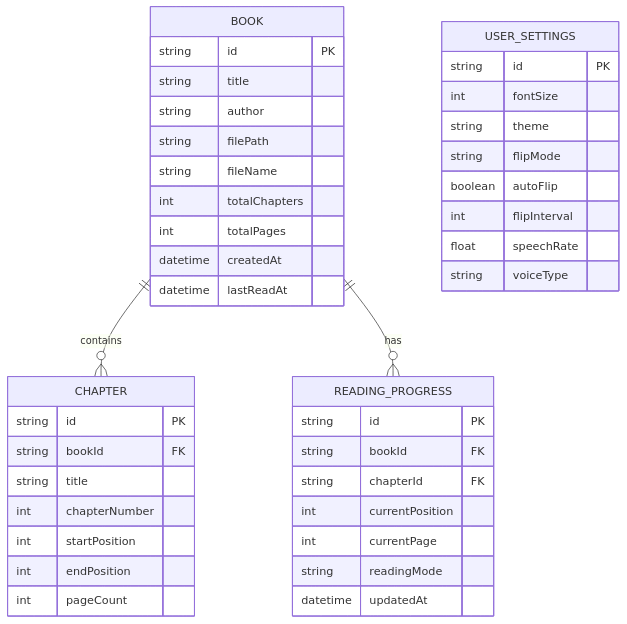
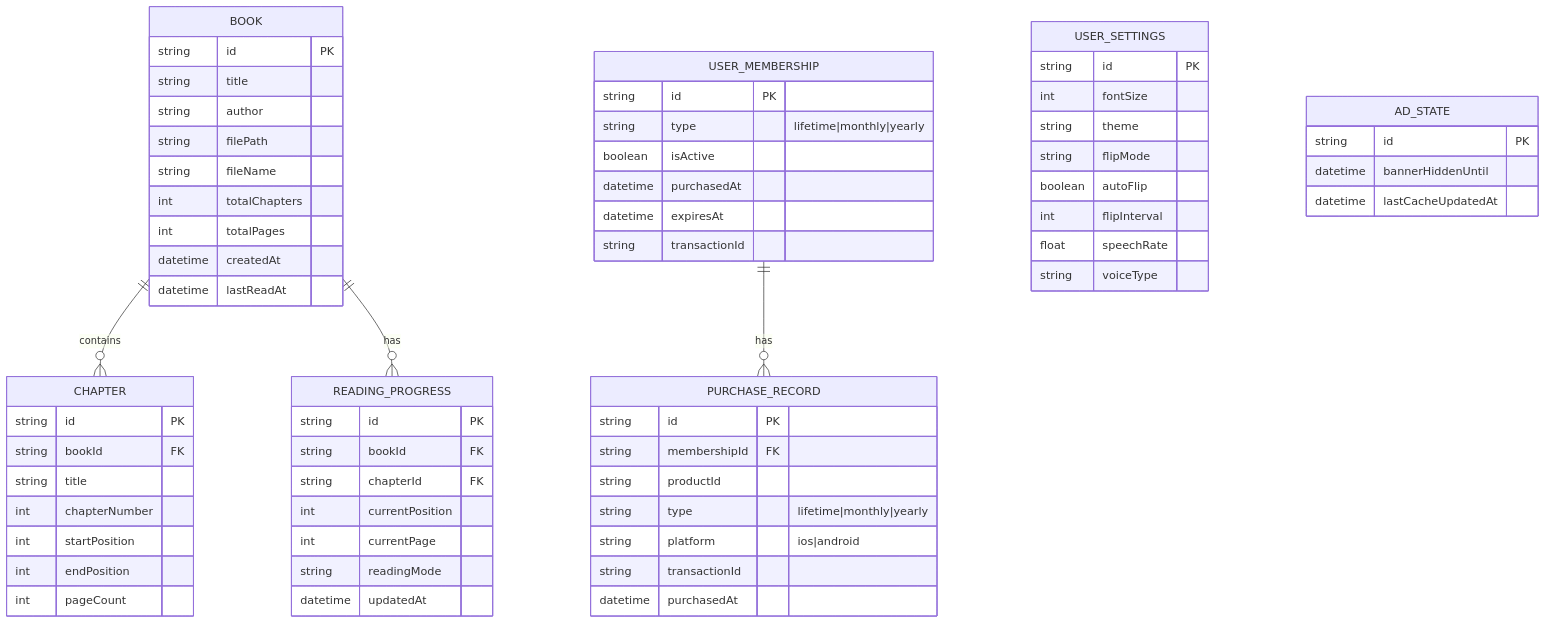
The second of 2 diagrams in documents/墨声APP技术架构文档.md (Daneaz/audio_book), drawn with Mermaid before and after one commit. The commit also changed other lines of this file and 7 other files, not shown here.

````diff
--- a/documents/墨声APP技术架构文档.md
+++ b/documents/墨声APP技术架构文档.md
@@ -60,48 +70,74 @@
 ```mermaid
 erDiagram
   BOOK ||--o{ CHAPTER : contains
   BOOK ||--o{ READING_PROGRESS : has
+  USER_MEMBERSHIP ||--o{ PURCHASE_RECORD : has
   
   BOOK {
     string id PK
     string title
     string author
     string filePath
     string fileName
     int totalChapters
     int totalPages
     datetime createdAt
     datetime lastReadAt
   }
   
   CHAPTER {
     string id PK
     string bookId FK
     string title
     int chapterNumber
     int startPosition
     int endPosition
     int pageCount
   }
   
   READING_PROGRESS {
     string id PK
     string bookId FK
     string chapterId FK
     int currentPosition
     int currentPage
     string readingMode
     datetime updatedAt
   }
   
   USER_SETTINGS {
     string id PK
     int fontSize
     string theme
     string flipMode
     boolean autoFlip
     int flipInterval
     float speechRate
     string voiceType
   }
+  
+  USER_MEMBERSHIP {
+    string id PK
+    string type "lifetime|monthly|yearly"
+    boolean isActive
+    datetime purchasedAt
+    datetime expiresAt
+    string transactionId
+  }
+  
+  PURCHASE_RECORD {
+    string id PK
+    string membershipId FK
+    string productId
+    string type "lifetime|monthly|yearly"
+    string platform "ios|android"
+    string transactionId
+    datetime purchasedAt
+  }
+  
+  AD_STATE {
+    string id PK
+    datetime bannerHiddenUntil
+    datetime lastCacheUpdatedAt
+  }
 ```
````
